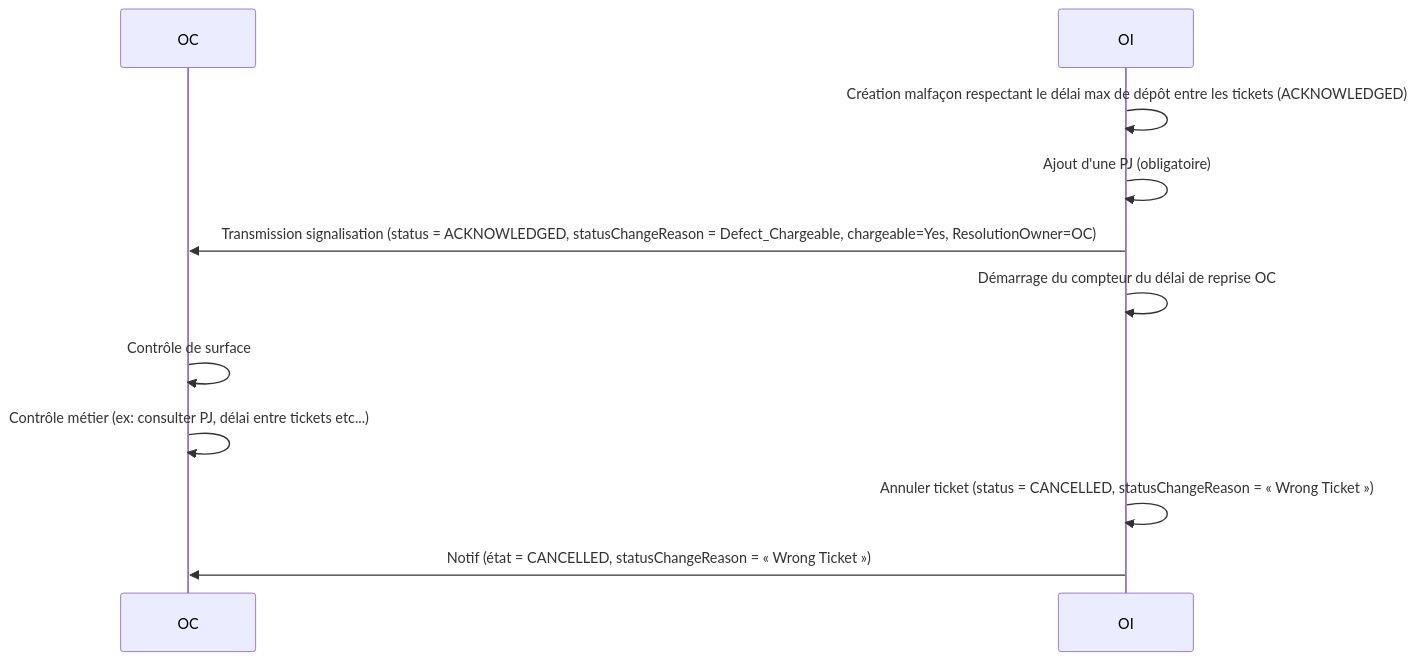
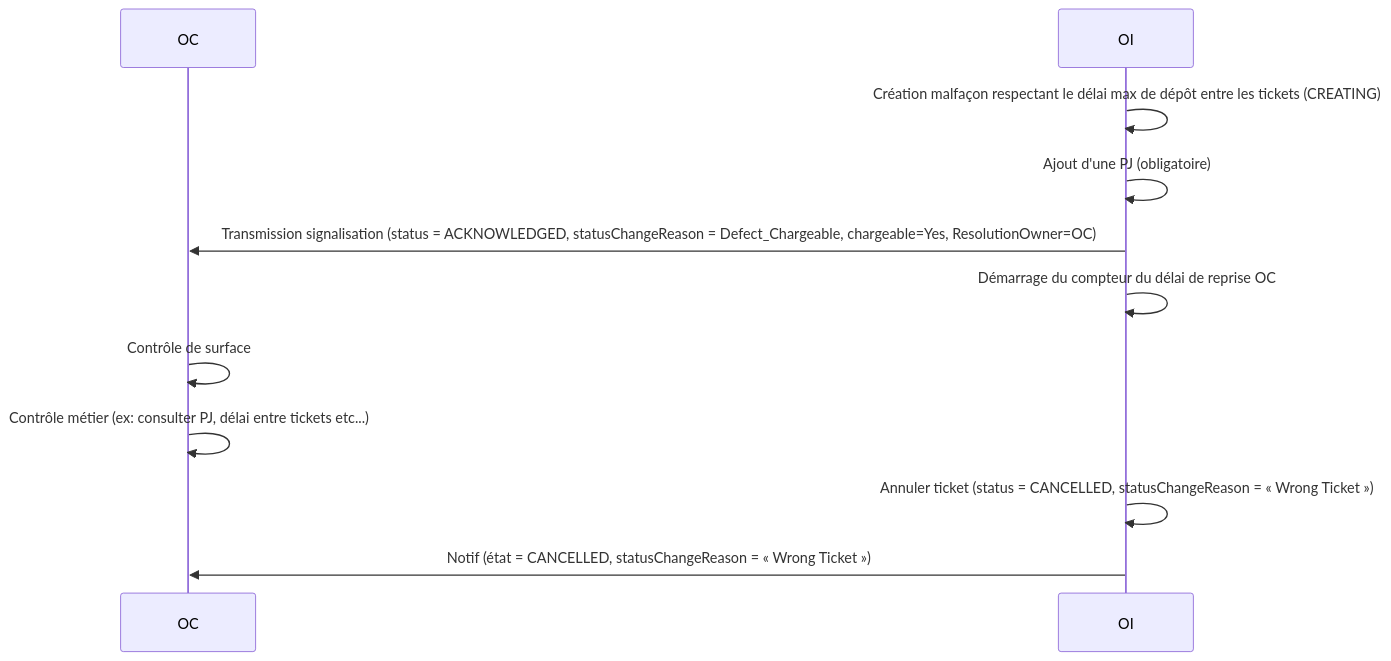
Diagram 11 of 12 in README.md (before-interop/malfacon), drawn with Mermaid before and after one commit. The commit also changed other lines of this file and 3 other files, not shown here.

````diff
--- a/README.md
+++ b/README.md
@@ -553,15 +578,15 @@
 ```mermaid
 sequenceDiagram
 
   participant OC
   participant OI
 
-  OI->>OI: Création malfaçon respectant le délai max de dépôt entre les tickets (ACKNOWLEDGED)
+  OI->>OI: Création malfaçon respectant le délai max de dépôt entre les tickets (CREATING)
   OI->>OI: Ajout d'une PJ (obligatoire)
   OI->>OC: Transmission signalisation (status = ACKNOWLEDGED, statusChangeReason = Defect_Chargeable, chargeable=Yes, ResolutionOwner=OC)
   OI->>OI: Démarrage du compteur du délai de reprise OC
   OC->>OC: Contrôle de surface
   OC->>OC: Contrôle métier (ex: consulter PJ, délai entre tickets etc...)
   OI->>OI: Annuler ticket (status = CANCELLED, statusChangeReason = « Wrong Ticket »)
   OI->>OC: Notif (état = CANCELLED, statusChangeReason = « Wrong Ticket »)
 ```
````
